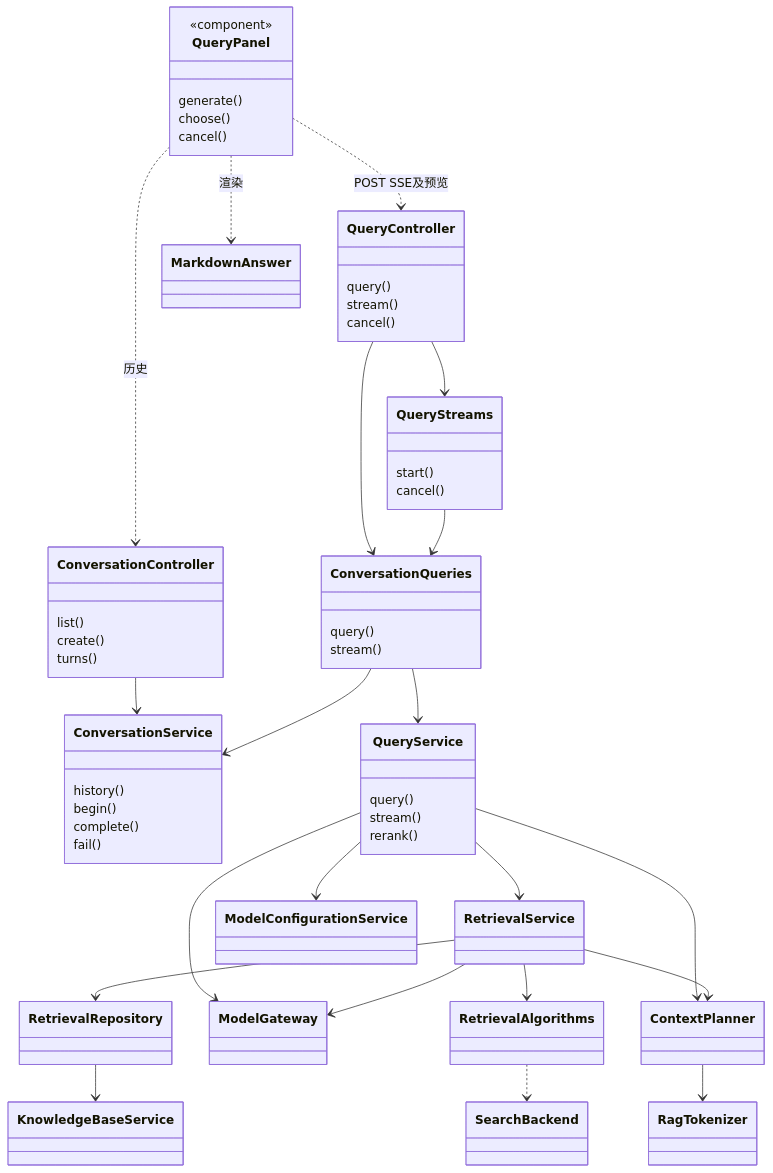
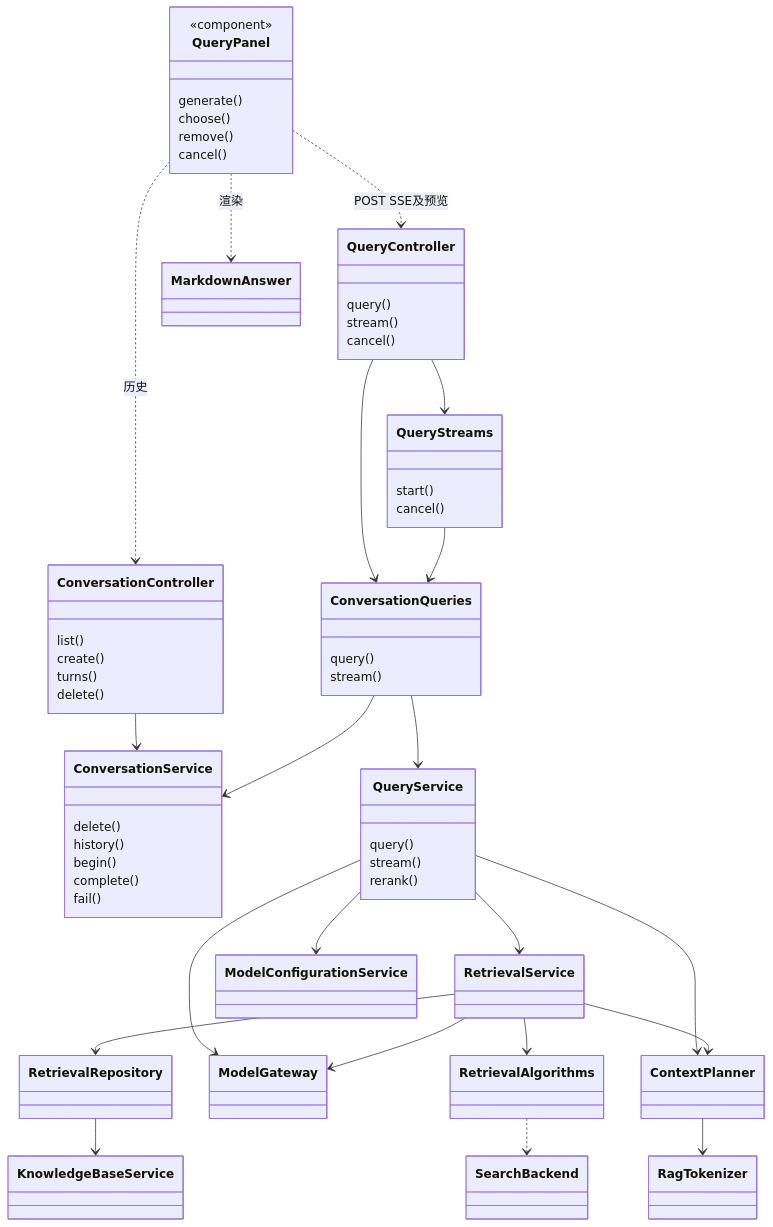
The first of 4 diagrams in docs/知识库问答实现.md (czhcc/TjLightRAG), drawn with Mermaid before and after one commit. The commit also changed other lines of this file and 10 other files, not shown here.

````diff
--- a/docs/知识库问答实现.md
+++ b/docs/知识库问答实现.md
@@ -20,58 +22,61 @@
 ```mermaid
 classDiagram
     class QueryPanel {
       <<component>>
       generate()
       choose()
+      remove()
       cancel()
     }
     class QueryController {
       query()
       stream()
       cancel()
     }
     class QueryStreams {
       start()
       cancel()
     }
     class ConversationController {
       list()
       create()
       turns()
+      delete()
     }
     class ConversationQueries {
       query()
       stream()
     }
     class ConversationService {
+      delete()
       history()
       begin()
       complete()
       fail()
     }
     class QueryService {
       query()
       stream()
       rerank()
     }
     QueryPanel ..> QueryController : POST SSE及预览
     QueryPanel ..> ConversationController : 历史
     QueryPanel ..> MarkdownAnswer : 渲染
     QueryController --> QueryStreams
     QueryController --> ConversationQueries
     QueryStreams --> ConversationQueries
     ConversationController --> ConversationService
     ConversationQueries --> ConversationService
     ConversationQueries --> QueryService
     QueryService --> RetrievalService
     QueryService --> ContextPlanner
     QueryService --> ModelConfigurationService
     QueryService --> ModelGateway
     RetrievalService --> RetrievalRepository
     RetrievalService --> RetrievalAlgorithms
     RetrievalService --> ContextPlanner
     RetrievalService --> ModelGateway
     RetrievalAlgorithms ..> SearchBackend
     RetrievalRepository --> KnowledgeBaseService
     ContextPlanner --> RagTokenizer
 ```
````
